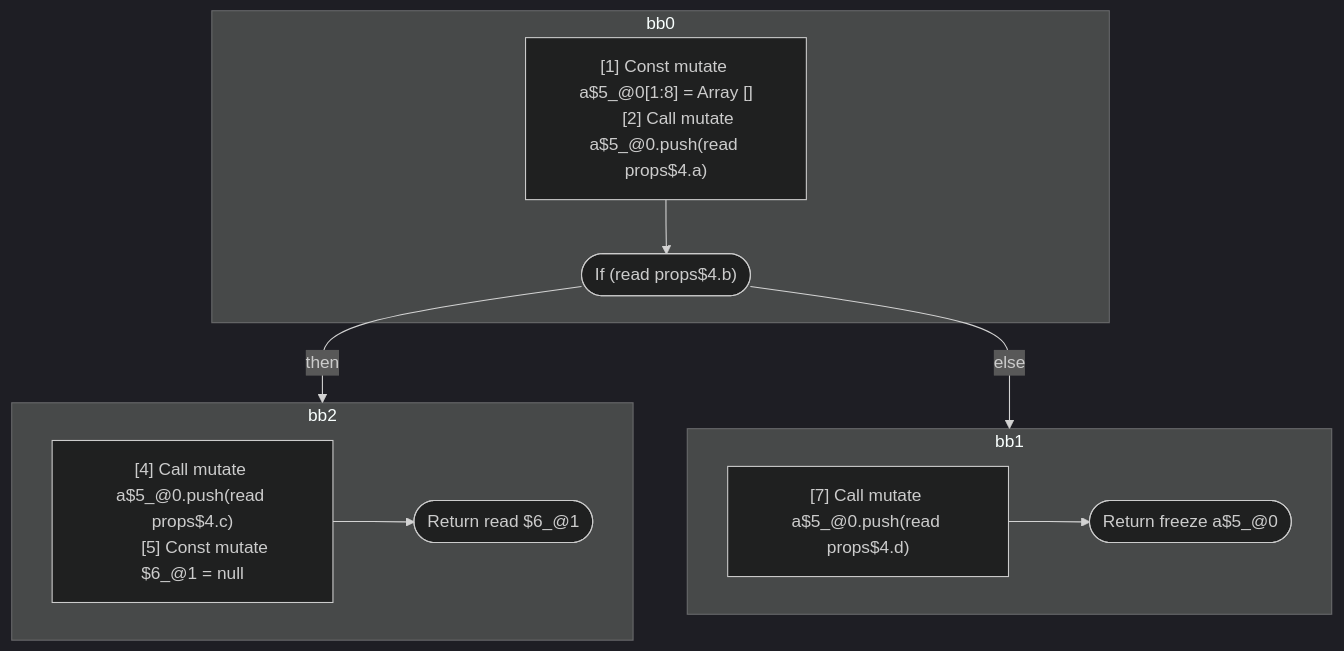
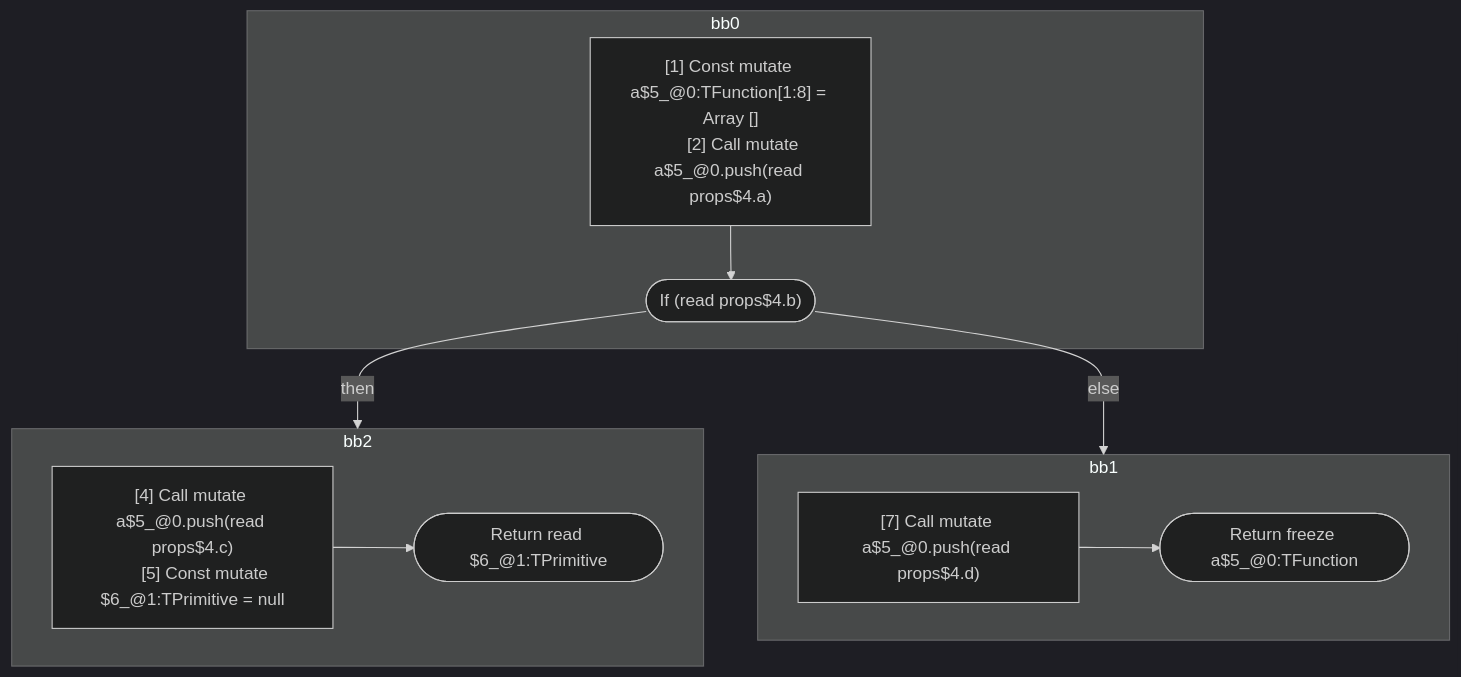
The third of 5 diagrams in compiler/forget/src/__tests__/fixtures/hir/conditional-break.expect.md (wutsmog/private), drawn with Mermaid (dark theme) before and after one commit. The commit also changed other lines of this file and 112 other files, not shown here.

````diff
--- a/compiler/forget/src/__tests__/fixtures/hir/conditional-break.expect.md
+++ b/compiler/forget/src/__tests__/fixtures/hir/conditional-break.expect.md
@@ -298,29 +298,29 @@
 ```mermaid
 flowchart TB
   %% Basic Blocks
   subgraph bb0
     bb0_instrs["
-      [1] Const mutate a$5_@0[1:8] = Array []
+      [1] Const mutate a$5_@0:TFunction[1:8] = Array []
       [2] Call mutate a$5_@0.push(read props$4.a)
     "]
     bb0_instrs --> bb0_terminal(["If (read props$4.b)"])
   end
   subgraph bb2
     bb2_instrs["
       [4] Call mutate a$5_@0.push(read props$4.c)
-      [5] Const mutate $6_@1 = null
+      [5] Const mutate $6_@1:TPrimitive = null
     "]
-    bb2_instrs --> bb2_terminal(["Return read $6_@1"])
+    bb2_instrs --> bb2_terminal(["Return read $6_@1:TPrimitive"])
   end
   subgraph bb1
     bb1_instrs["
       [7] Call mutate a$5_@0.push(read props$4.d)
     "]
-    bb1_instrs --> bb1_terminal(["Return freeze a$5_@0"])
+    bb1_instrs --> bb1_terminal(["Return freeze a$5_@0:TFunction"])
   end
 
   %% Jumps
   bb0_terminal -- "then" --> bb2
   bb0_terminal -- "else" --> bb1
 
 ```
````
